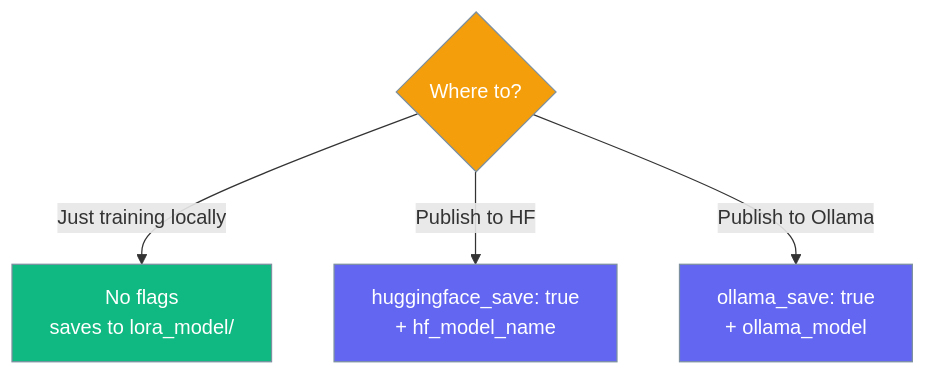
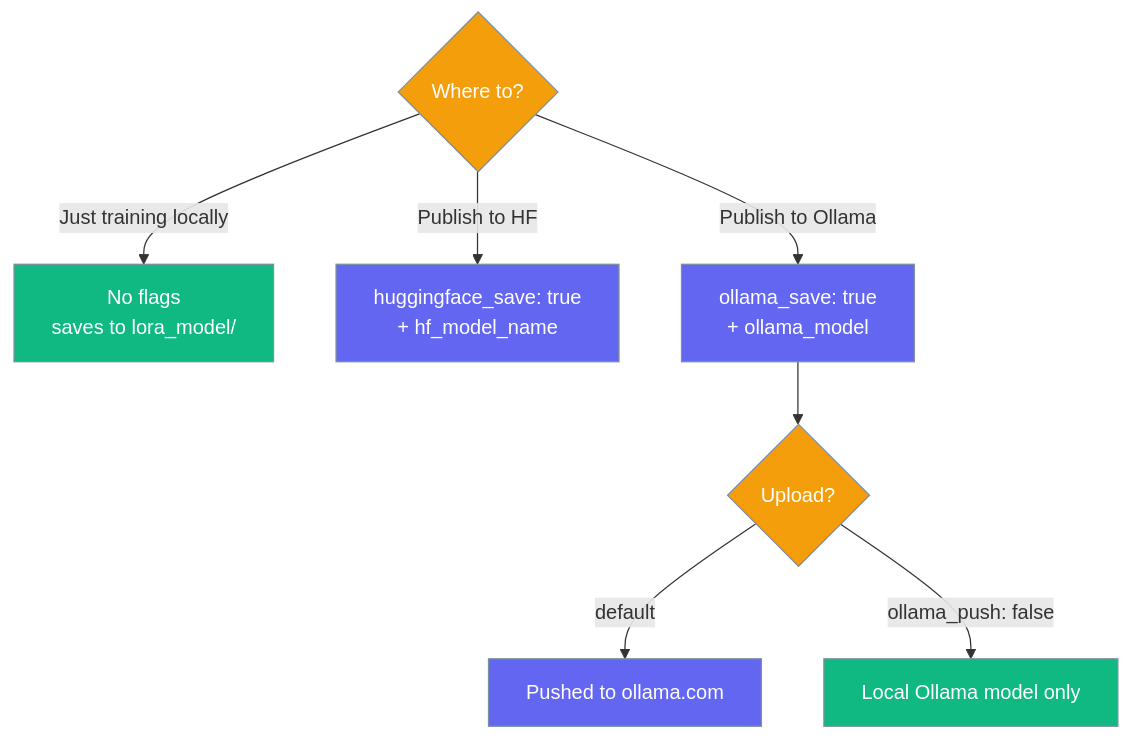
Before and after one commit to MervinPraison/PraisonAIDocs: diagram 15 of 16 in docs/train.mdx, drawn with Mermaid. The commit also changed other lines of this file and 3 other files, not shown here.

Commit message:
fix: document --no-push / ollama_push: false for local-only Ollama exports (fixes #4927)

````diff
--- a/docs/train.mdx
+++ b/docs/train.mdx
@@ -1591,15 +1595,18 @@
 ```mermaid
 graph TB
     Q1{Where to?}
     Q1 -->|Just training locally| Local[No flags<br/>saves to lora_model/]
     Q1 -->|Publish to HF| HF[huggingface_save: true<br/>+ hf_model_name]
     Q1 -->|Publish to Ollama| Ol[ollama_save: true<br/>+ ollama_model]
+    Ol --> P{Upload?}
+    P -->|default| OlU[Pushed to ollama.com]
+    P -->|ollama_push: false| OlL[Local Ollama model only]
 
     classDef question fill:#F59E0B,stroke:#7C90A0,color:#fff
     classDef success fill:#10B981,stroke:#7C90A0,color:#fff
     classDef config fill:#6366F1,stroke:#7C90A0,color:#fff
 
-    class Q1 question
-    class Local success
-    class HF,Ol config
+    class Q1,P question
+    class Local,OlL success
+    class HF,Ol,OlU config
 ```
````
